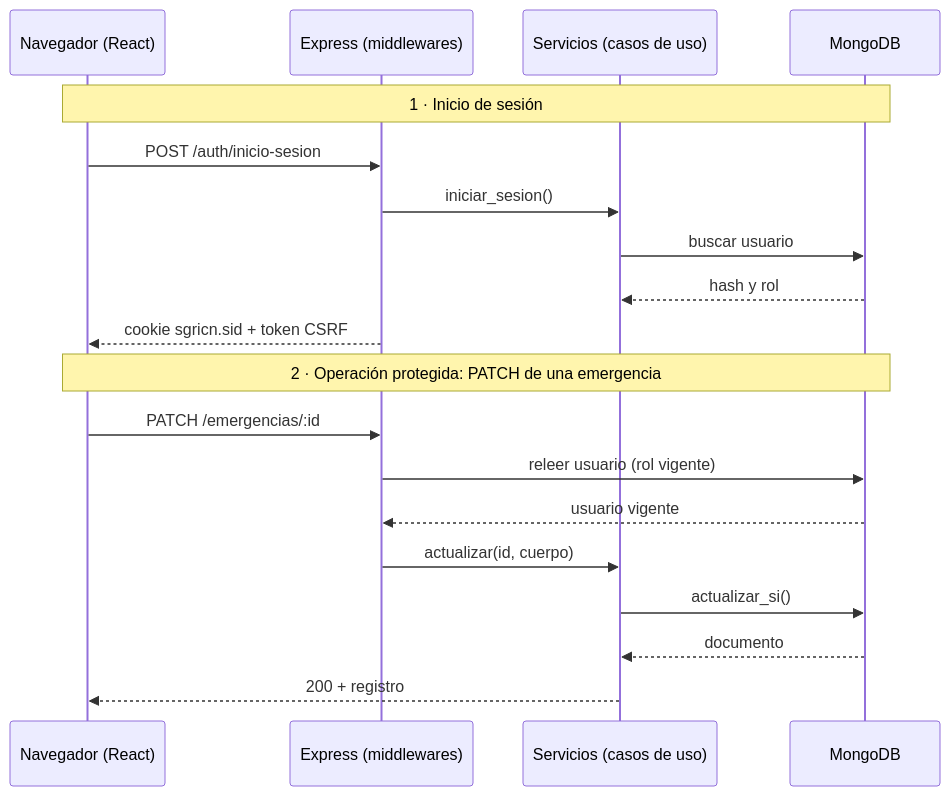
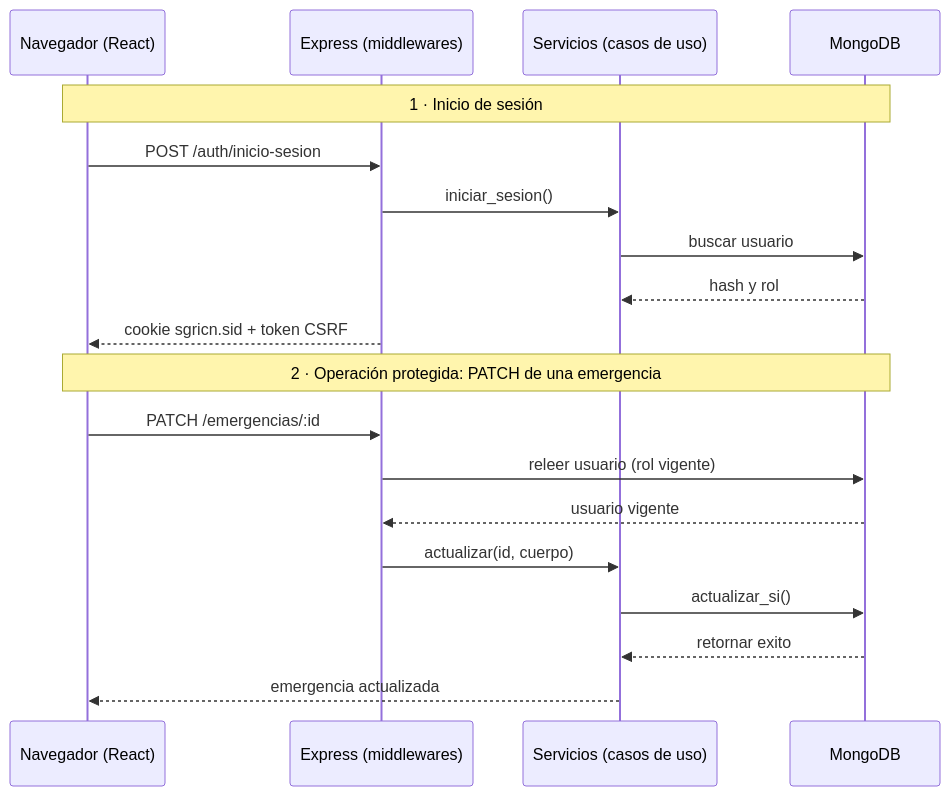
Before and after one commit to GeraldineTequia/SIGRICN: the second of 3 diagrams in README.md, drawn with Mermaid.

Commit message:
Clarify response messages in README
Updated response messages in the README for clarity.

````diff
--- a/README.md
+++ b/README.md
@@ -172,23 +172,23 @@
 ```mermaid
 sequenceDiagram
   participant N as Navegador (React)
   participant M as Express (middlewares)
   participant S as Servicios (casos de uso)
   participant D as MongoDB
 
   Note over N,D: 1 · Inicio de sesión
   N->>M: POST /auth/inicio-sesion
   M->>S: iniciar_sesion()
   S->>D: buscar usuario
   D-->>S: hash y rol
   M-->>N: cookie sgricn.sid + token CSRF
 
   Note over N,D: 2 · Operación protegida: PATCH de una emergencia
   N->>M: PATCH /emergencias/:id
   M->>D: releer usuario (rol vigente)
   D-->>M: usuario vigente
   M->>S: actualizar(id, cuerpo)
   S->>D: actualizar_si()
-  D-->>S: documento
-  S-->>N: 200 + registro
+  D-->>S: retornar exito
+  S-->>N: emergencia actualizada
 ```
````
